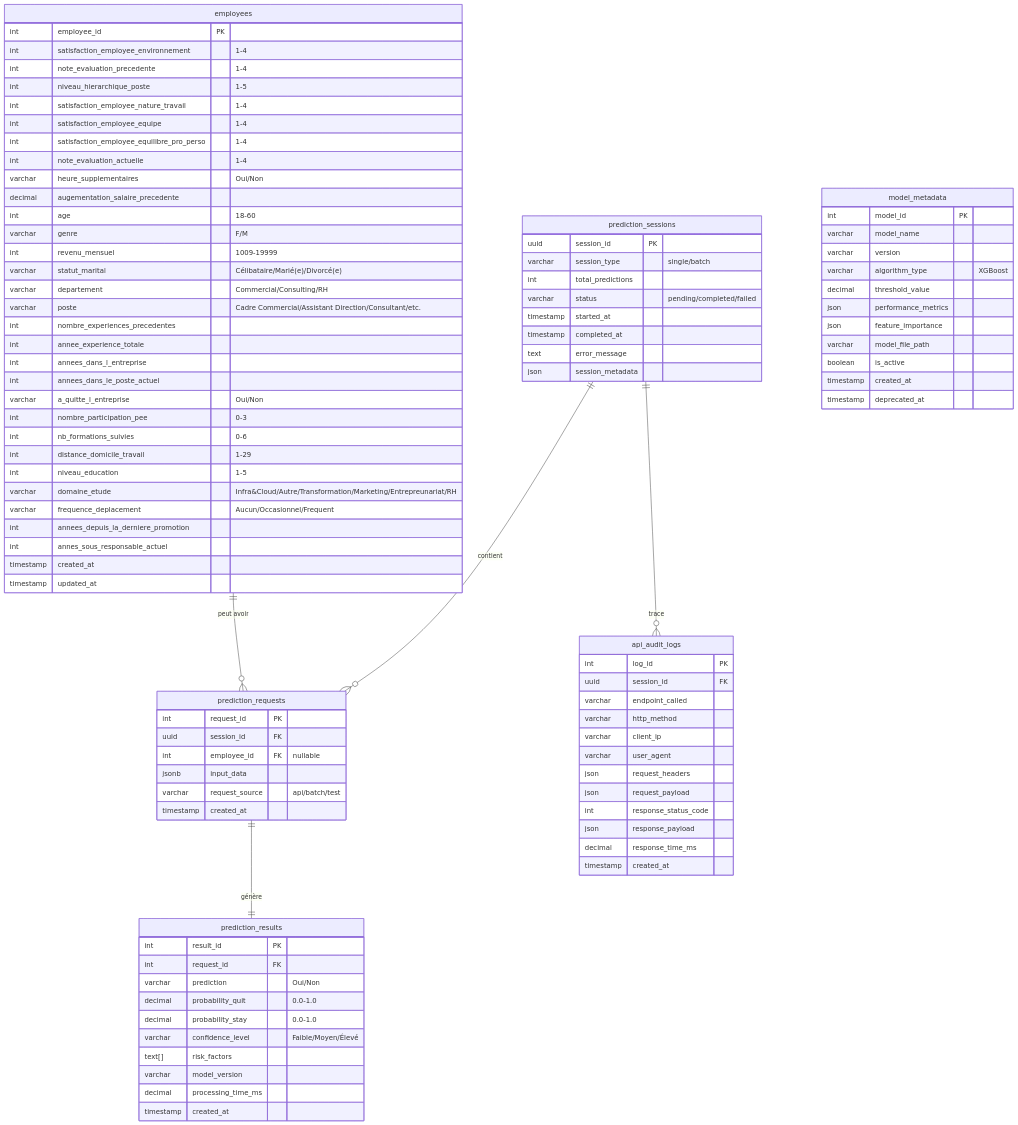
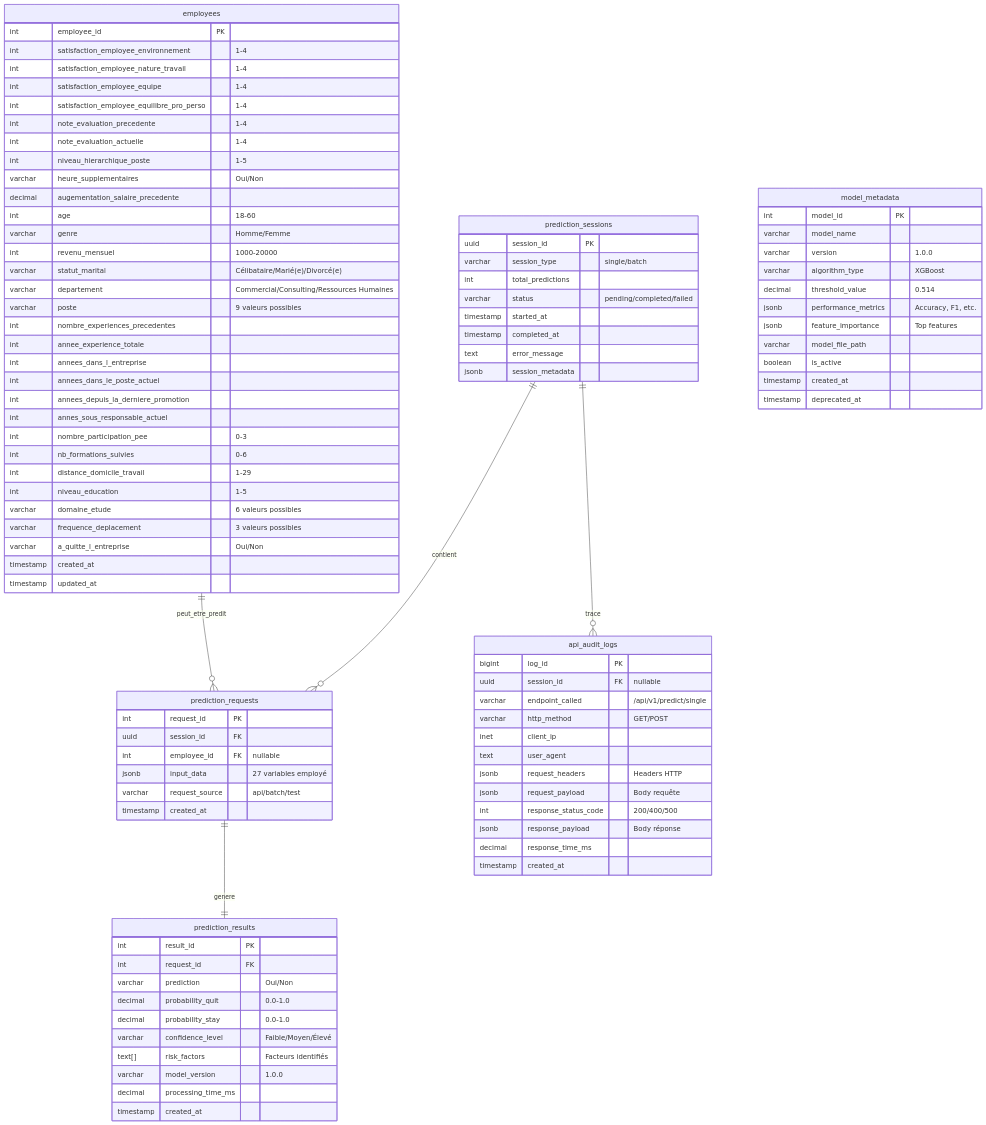
The diagram in database/documentation/database_shema_uml.md (Eqqinox/Projet5-ML-Deployment-Futurisys), drawn with Mermaid before and after one commit. The commit also changed other lines of this file and 1 other file, not shown here.

First line of the commit message:
docs: ajout standards de code ML et mise à jour schéma base de données

````diff
--- a/database/documentation/database_shema_uml.md
+++ b/database/documentation/database_shema_uml.md
@@ -7,33 +7,33 @@
     employees {
         int employee_id PK
         int satisfaction_employee_environnement "1-4"
-        int note_evaluation_precedente "1-4" 
-        int niveau_hierarchique_poste "1-5"
         int satisfaction_employee_nature_travail "1-4"
         int satisfaction_employee_equipe "1-4"
         int satisfaction_employee_equilibre_pro_perso "1-4"
+        int note_evaluation_precedente "1-4"
         int note_evaluation_actuelle "1-4"
+        int niveau_hierarchique_poste "1-5"
         varchar heure_supplementaires "Oui/Non"
         decimal augementation_salaire_precedente
         int age "18-60"
-        varchar genre "F/M"
-        int revenu_mensuel "1009-19999"
+        varchar genre "Homme/Femme"
+        int revenu_mensuel "1000-20000"
         varchar statut_marital "Célibataire/Marié(e)/Divorcé(e)"
-        varchar departement "Commercial/Consulting/RH"
-        varchar poste "Cadre Commercial/Assistant Direction/Consultant/etc."
+        varchar departement "Commercial/Consulting/Ressources Humaines"
+        varchar poste "9 valeurs possibles"
         int nombre_experiences_precedentes
         int annee_experience_totale
         int annees_dans_l_entreprise
         int annees_dans_le_poste_actuel
-        varchar a_quitte_l_entreprise "Oui/Non"
+        int annees_depuis_la_derniere_promotion
+        int annes_sous_responsable_actuel
         int nombre_participation_pee "0-3"
         int nb_formations_suivies "0-6"
         int distance_domicile_travail "1-29"
         int niveau_education "1-5"
-        varchar domaine_etude "Infra&Cloud/Autre/Transformation/Marketing/Entrepreunariat/RH"
-        varchar frequence_deplacement "Aucun/Occasionnel/Frequent"
-        int annees_depuis_la_derniere_promotion
-        int annes_sous_responsable_actuel
+        varchar domaine_etude "6 valeurs possibles"
+        varchar frequence_deplacement "3 valeurs possibles"
+        varchar a_quitte_l_entreprise "Oui/Non"
         timestamp created_at
         timestamp updated_at
     }
@@ -46,14 +46,14 @@
         timestamp started_at
         timestamp completed_at
         text error_message
-        json session_metadata
+        jsonb session_metadata
     }
 
     prediction_requests {
         int request_id PK
         uuid session_id FK
         int employee_id FK "nullable"
-        jsonb input_data
+        jsonb input_data "27 variables employé"
         varchar request_source "api/batch/test"
         timestamp created_at
     }
@@ -63,10 +63,10 @@
         int request_id FK
         varchar prediction "Oui/Non"
         decimal probability_quit "0.0-1.0"
-        decimal probability_stay "0.0-1.0" 
+        decimal probability_stay "0.0-1.0"
         varchar confidence_level "Faible/Moyen/Élevé"
-        text[] risk_factors
-        varchar model_version
+        text[] risk_factors "Facteurs identifiés"
+        varchar model_version "1.0.0"
         decimal processing_time_ms
         timestamp created_at
     }
@@ -74,11 +74,11 @@
     model_metadata {
         int model_id PK
         varchar model_name
-        varchar version
+        varchar version "1.0.0"
         varchar algorithm_type "XGBoost"
-        decimal threshold_value
-        json performance_metrics
-        json feature_importance
+        decimal threshold_value "0.514"
+        jsonb performance_metrics "Accuracy, F1, etc."
+        jsonb feature_importance "Top features"
         varchar model_file_path
         boolean is_active
         timestamp created_at
@@ -86,22 +86,22 @@
     }
 
     api_audit_logs {
-        int log_id PK
-        uuid session_id FK
-        varchar endpoint_called
-        varchar http_method
-        varchar client_ip
-        varchar user_agent
-        json request_headers
-        json request_payload
-        int response_status_code
-        json response_payload
+        bigint log_id PK
+        uuid session_id FK "nullable"
+        varchar endpoint_called "/api/v1/predict/single"
+        varchar http_method "GET/POST"
+        inet client_ip
+        text user_agent
+        jsonb request_headers "Headers HTTP"
+        jsonb request_payload "Body requête"
+        int response_status_code "200/400/500"
+        jsonb response_payload "Body réponse"
         decimal response_time_ms
         timestamp created_at
     }
 
-    employees ||--o{ prediction_requests : "peut avoir"
+    employees ||--o{ prediction_requests : "peut_etre_predit"
     prediction_sessions ||--o{ prediction_requests : "contient"
-    prediction_requests ||--|| prediction_results : "génère"
+    prediction_requests ||--|| prediction_results : "genere"
     prediction_sessions ||--o{ api_audit_logs : "trace"
 ```
````
